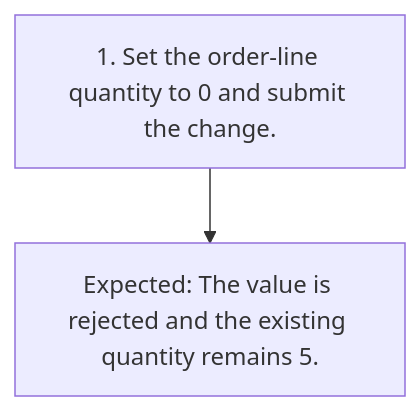
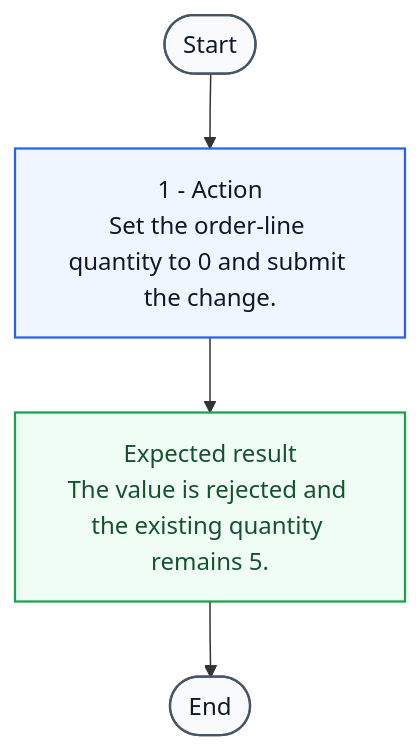
One commit to Soturine/functional-test-designer changed the diagram in examples/expected-output/test-cases-md/TC-004.md. Above: the diagram before and after it, drawn with Mermaid. The commit also changed 17 other files, not shown here.

Commit message:
feat: improve offline mermaid test flows

````diff
--- a/examples/expected-output/test-cases-md/TC-004.md
+++ b/examples/expected-output/test-cases-md/TC-004.md
@@ -37,6 +37,18 @@
 ```mermaid
 flowchart TD
-    A1["1. Set the order-line quantity to 0 and submit the change."]
-    E1["Expected: The value is rejected and the existing quantity remains 5."]
-    A1 --> E1
+    S([Start])
+    A1["1 - Action<br/>Set the order-line quantity to 0 and submit the change."]
+    R1["Expected result<br/>The value is rejected and the existing quantity remains 5."]
+    F([End])
+
+    S --> A1 --> R1 --> F
+
+    classDef startEnd fill:#f8fafc,stroke:#475569,stroke-width:1.5px,color:#0f172a;
+    classDef action fill:#eff6ff,stroke:#2563eb,stroke-width:1.5px,color:#0f172a;
+    classDef expected fill:#f0fdf4,stroke:#16a34a,stroke-width:1.5px,color:#14532d;
+    classDef clarification fill:#fff7ed,stroke:#ea580c,stroke-width:1.5px,color:#7c2d12,stroke-dasharray:4 3;
+
+    class S,F startEnd;
+    class A1 action;
+    class R1 expected;
 ```
````
